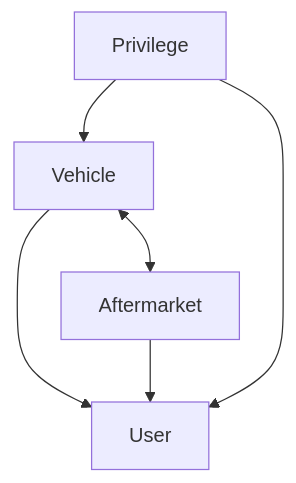
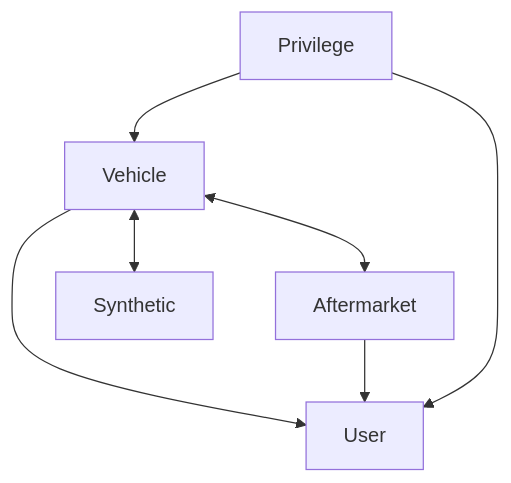
The diagram in README.md (DIMO-Network/identity-api), drawn with Mermaid before and after one commit.

````diff
--- a/README.md
+++ b/README.md
@@ -18,8 +18,9 @@
 ```mermaid
 flowchart TD
     Vehicle <--> Aftermarket
+    Vehicle <--> Synthetic
     Privilege --> Vehicle
     Vehicle --> User
     Aftermarket --> User
     Privilege --> User
 ```
````
